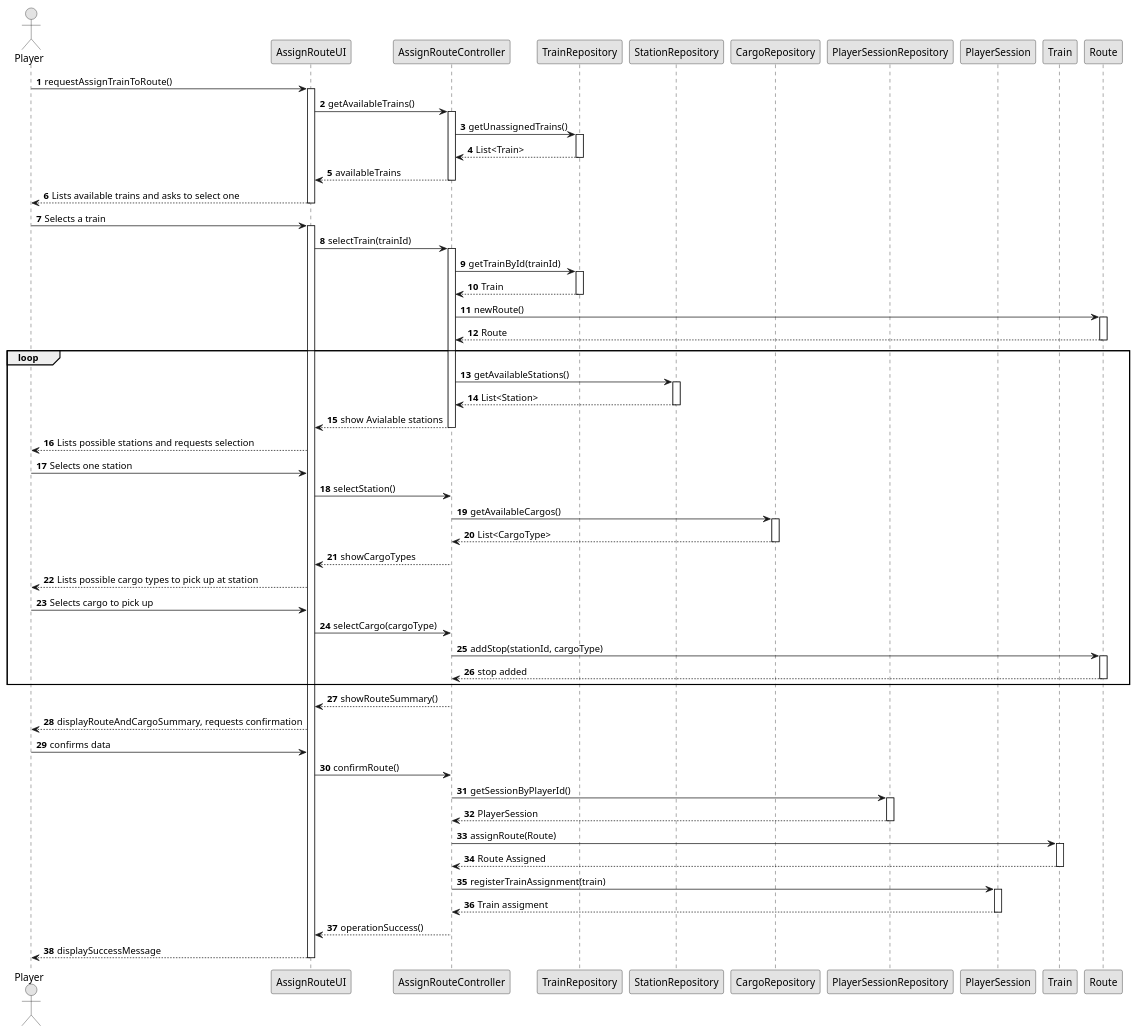
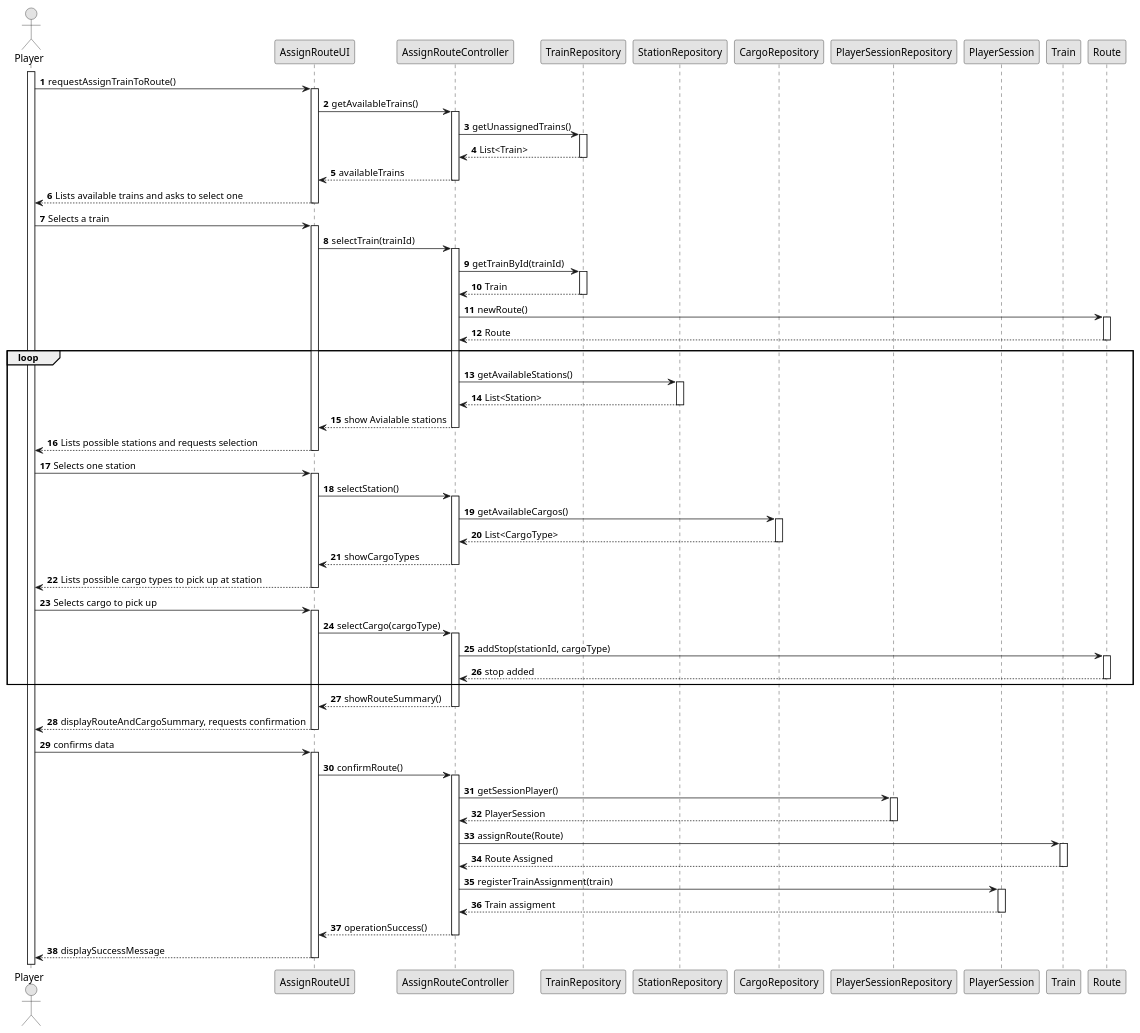
The diagram in docs/system-documentation/US10/03.design/puml/US10-SD.puml (Andremonteiro1240850/railway_simulator), drawn with PlantUML before and after one commit. The commit also changed 19 other files, not shown here.

```diff
--- a/docs/system-documentation/US10/03.design/puml/US10-SD.puml
+++ b/docs/system-documentation/US10/03.design/puml/US10-SD.puml
@@ -1,100 +1,108 @@
 @startuml
 skinparam shadowing false
 skinparam linetype polyline
 skinparam monochrome true
 autonumber
 
 actor Player
 participant AssignRouteUI
 participant AssignRouteController
 participant TrainRepository
 participant StationRepository
 participant CargoRepository
 participant PlayerSessionRepository
 participant PlayerSession
 participant Train
 participant Route
+
+activate Player
 
 Player -> AssignRouteUI : requestAssignTrainToRoute()
 activate AssignRouteUI
 AssignRouteUI -> AssignRouteController : getAvailableTrains()
 activate AssignRouteController
 AssignRouteController -> TrainRepository : getUnassignedTrains()
 activate TrainRepository
 TrainRepository --> AssignRouteController : List<Train>
 deactivate TrainRepository
 AssignRouteController --> AssignRouteUI : availableTrains
 deactivate AssignRouteController
 AssignRouteUI --> Player :Lists available trains and asks to select one
 deactivate AssignRouteUI
 
 Player -> AssignRouteUI : Selects a train
 activate AssignRouteUI
 AssignRouteUI -> AssignRouteController : selectTrain(trainId)
 activate AssignRouteController
 AssignRouteController -> TrainRepository : getTrainById(trainId)
 activate TrainRepository
 TrainRepository --> AssignRouteController : Train
 deactivate TrainRepository
 
 
 AssignRouteController -> Route : newRoute()
 activate Route
 Route--> AssignRouteController : Route
 deactivate Route
 
 loop
   AssignRouteController -> StationRepository : getAvailableStations()
   activate StationRepository
   StationRepository --> AssignRouteController : List<Station>
   deactivate StationRepository
   AssignRouteController --> AssignRouteUI : show Avialable stations
   deactivate AssignRouteController
   AssignRouteUI --> Player : Lists possible stations and requests selection
-
+  deactivate AssignRouteUI
   Player -> AssignRouteUI : Selects one station
+  activate AssignRouteUI
   AssignRouteUI -> AssignRouteController : selectStation()
-
+  activate AssignRouteController
   AssignRouteController -> CargoRepository : getAvailableCargos()
   activate CargoRepository
   CargoRepository --> AssignRouteController : List<CargoType>
   deactivate CargoRepository
   AssignRouteController --> AssignRouteUI : showCargoTypes
+  deactivate AssignRouteController
   AssignRouteUI --> Player : Lists possible cargo types to pick up at station
-
+deactivate AssignRouteUI
   Player -> AssignRouteUI : Selects cargo to pick up
+  activate AssignRouteUI
   AssignRouteUI -> AssignRouteController : selectCargo(cargoType)
-
+  activate AssignRouteController
   AssignRouteController -> Route : addStop(stationId, cargoType)
   activate Route
   Route--> AssignRouteController: stop added
   deactivate Route
 end
 
 AssignRouteController --> AssignRouteUI : showRouteSummary()
+deactivate AssignRouteController
 AssignRouteUI --> Player : displayRouteAndCargoSummary, requests confirmation
-
+deactivate AssignRouteUI
 Player -> AssignRouteUI : confirms data
+activate AssignRouteUI
 AssignRouteUI -> AssignRouteController : confirmRoute()
-AssignRouteController -> PlayerSessionRepository : getSessionByPlayerId()
+activate AssignRouteController
+AssignRouteController -> PlayerSessionRepository : getSessionPlayer()
 activate PlayerSessionRepository
 PlayerSessionRepository --> AssignRouteController : PlayerSession
 deactivate PlayerSessionRepository
 
 
 AssignRouteController -> Train : assignRoute(Route)
 activate Train
 Train-->AssignRouteController: Route Assigned
 deactivate Train
 
 deactivate Route
 AssignRouteController -> PlayerSession : registerTrainAssignment(train)
 activate PlayerSession
 PlayerSession--> AssignRouteController: Train assigment
 deactivate PlayerSession
 AssignRouteController --> AssignRouteUI : operationSuccess()
 deactivate AssignRouteController
 AssignRouteUI --> Player : displaySuccessMessage
 deactivate AssignRouteUI
 
 @enduml
```
